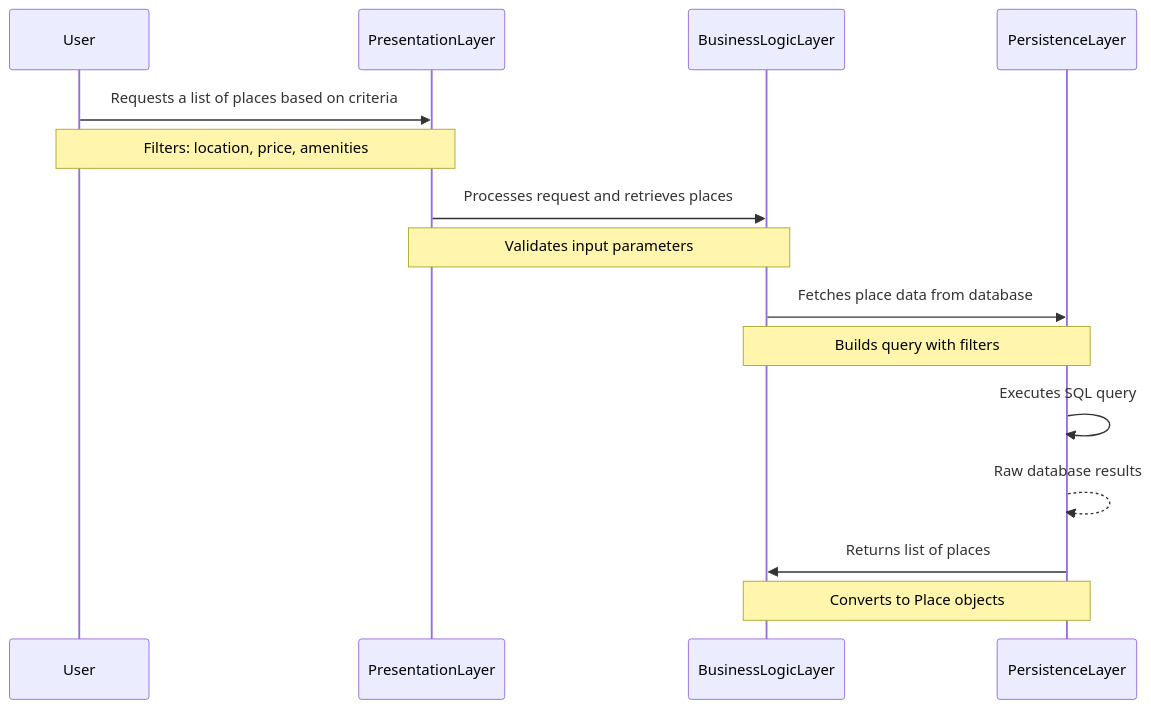
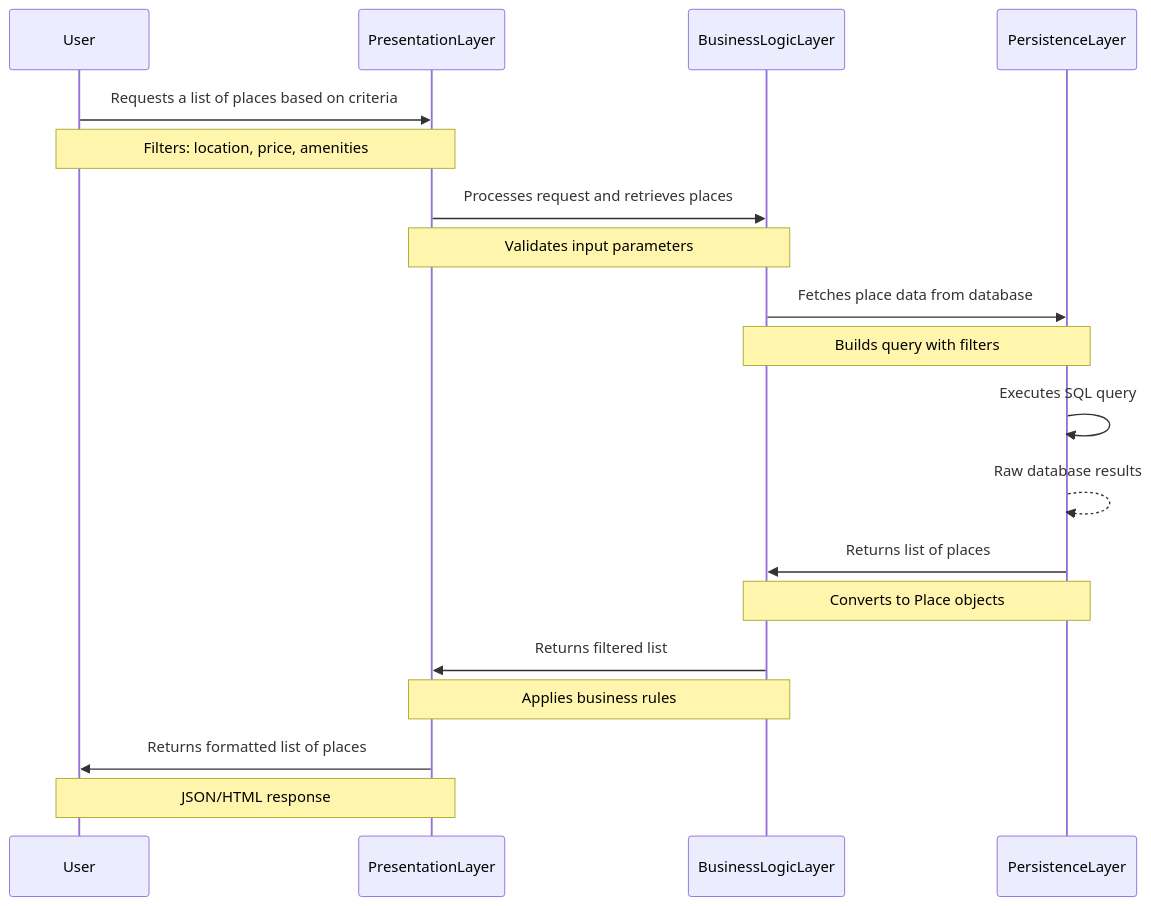
Before and after one commit to omarrui/holbertonschool-hbnb: the diagram in SequenceDiagramfetchplace.mmd, drawn with Mermaid.

Commit message:
refactor: enhance SequenceDiagram for Fetch Place process with additional steps

```diff
--- a/SequenceDiagramfetchplace.mmd
+++ b/SequenceDiagramfetchplace.mmd
@@ -1,20 +1,26 @@
 sequenceDiagram
     participant User
     participant PresentationLayer
     participant BusinessLogicLayer
     participant PersistenceLayer
 
     User->>PresentationLayer: Requests a list of places based on criteria
     Note over User,PresentationLayer: Filters: location, price, amenities
 
     PresentationLayer->>BusinessLogicLayer: Processes request and retrieves places
     Note over PresentationLayer,BusinessLogicLayer: Validates input parameters
 
     BusinessLogicLayer->>PersistenceLayer: Fetches place data from database
     Note over BusinessLogicLayer,PersistenceLayer: Builds query with filters
 
     PersistenceLayer->>PersistenceLayer: Executes SQL query
     PersistenceLayer-->>PersistenceLayer: Raw database results
 
     PersistenceLayer->>BusinessLogicLayer: Returns list of places
     Note over PersistenceLayer,BusinessLogicLayer: Converts to Place objects
+
+    BusinessLogicLayer->>PresentationLayer: Returns filtered list
+    Note over BusinessLogicLayer,PresentationLayer: Applies business rules
+
+    PresentationLayer->>User: Returns formatted list of places
+    Note over PresentationLayer,User: JSON/HTML response
```
